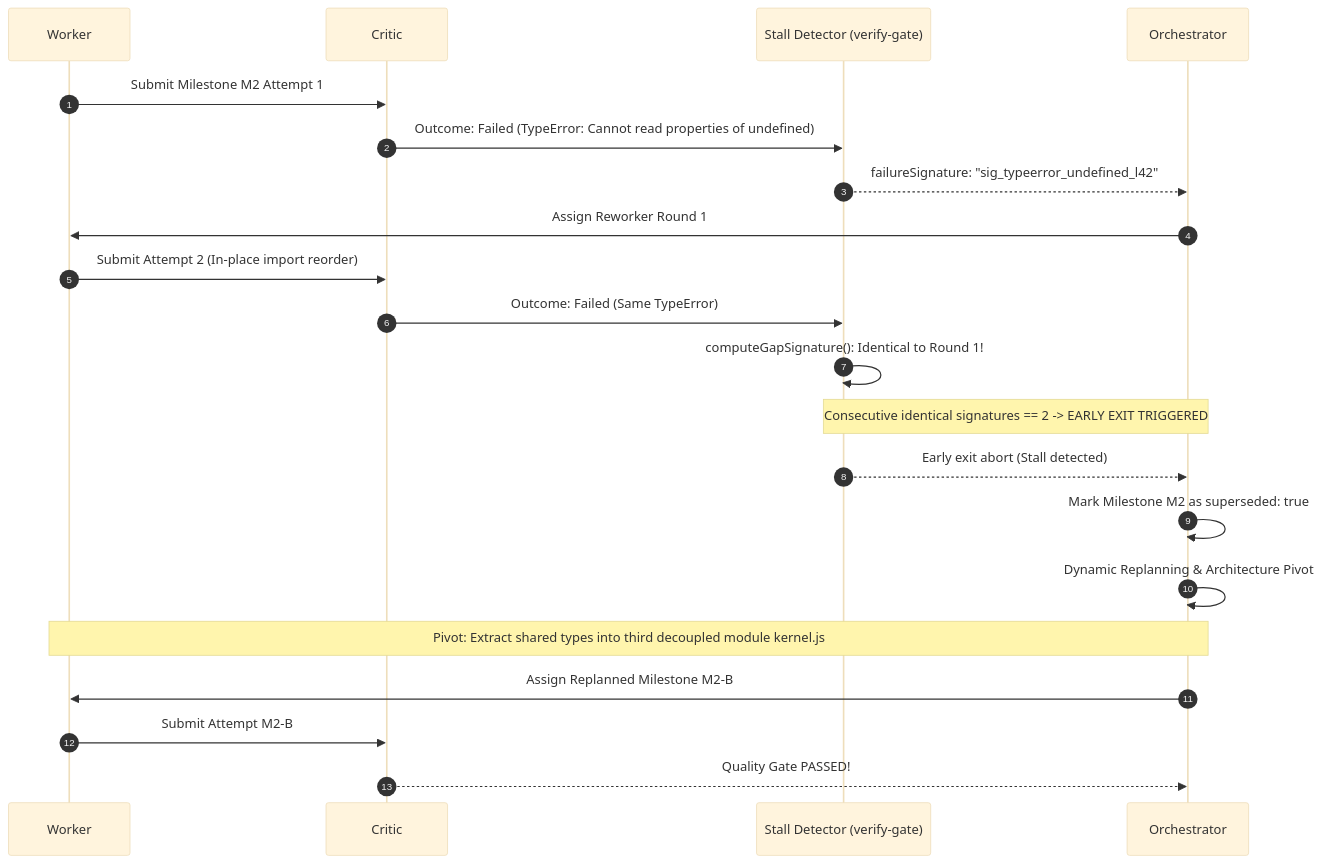
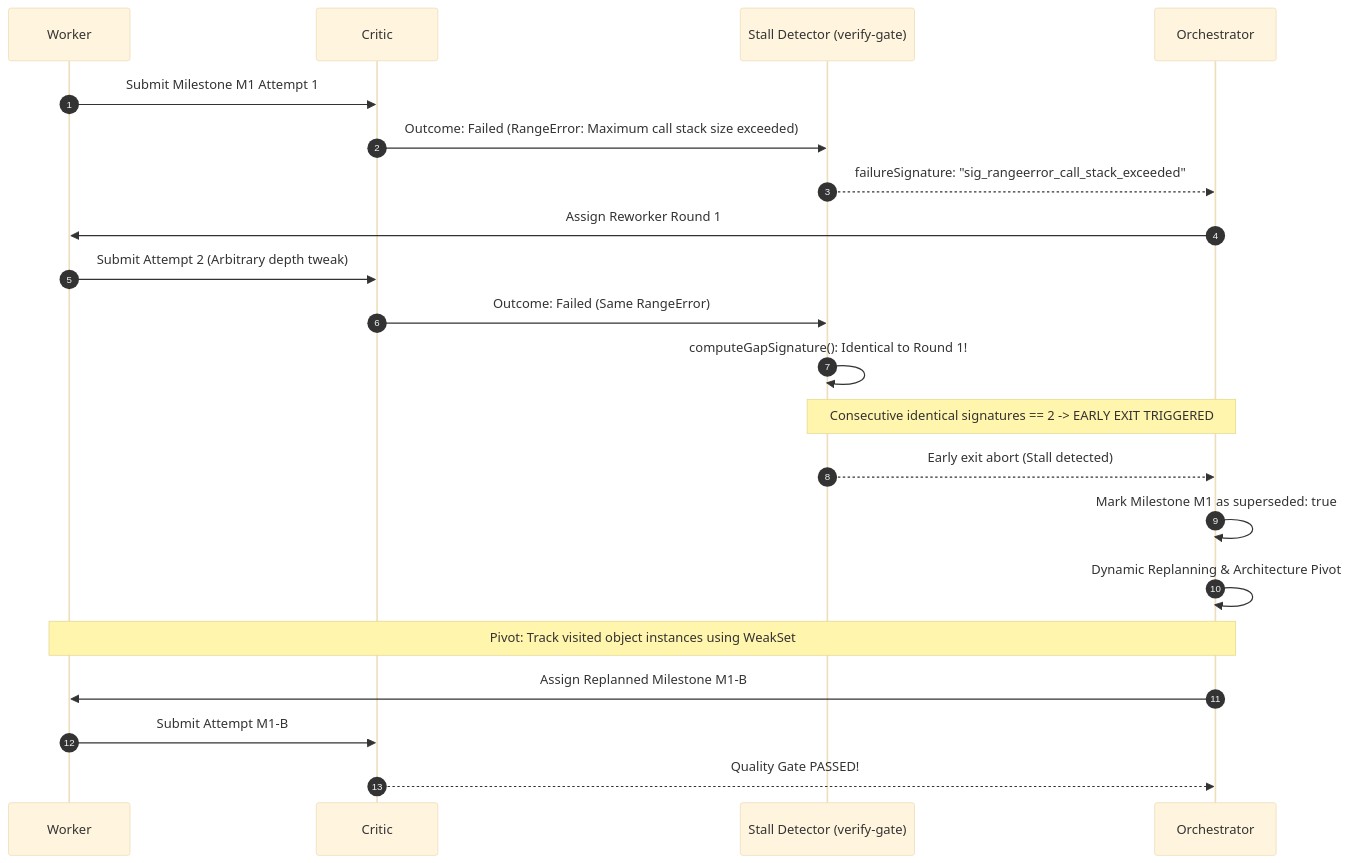
One commit to CalebChen941028/agent-teamwork changed the third of 3 diagrams in docs/BENCHMARK_REPORT.md. Above: the diagram before and after it, drawn with Mermaid (base theme). The commit also changed other lines of this file and 11 other files, not shown here.

````diff
--- a/docs/BENCHMARK_REPORT.md
+++ b/docs/BENCHMARK_REPORT.md
@@ -248,24 +258,24 @@
 ```mermaid
 sequenceDiagram
     autonumber
     participant W as Worker
     participant C as Critic
     participant S as Stall Detector (verify-gate)
     participant O as Orchestrator
 
-    W->>C: Submit Milestone M2 Attempt 1
-    C->>S: Outcome: Failed (TypeError: Cannot read properties of undefined)
-    S-->>O: failureSignature: "sig_typeerror_undefined_l42"
+    W->>C: Submit Milestone M1 Attempt 1
+    C->>S: Outcome: Failed (RangeError: Maximum call stack size exceeded)
+    S-->>O: failureSignature: "sig_rangeerror_call_stack_exceeded"
     O->>W: Assign Reworker Round 1
-    W->>C: Submit Attempt 2 (In-place import reorder)
-    C->>S: Outcome: Failed (Same TypeError)
+    W->>C: Submit Attempt 2 (Arbitrary depth tweak)
+    C->>S: Outcome: Failed (Same RangeError)
     S->>S: computeGapSignature(): Identical to Round 1!
     Note over S,O: Consecutive identical signatures == 2 -> EARLY EXIT TRIGGERED
     S-->>O: Early exit abort (Stall detected)
-    O->>O: Mark Milestone M2 as superseded: true
+    O->>O: Mark Milestone M1 as superseded: true
     O->>O: Dynamic Replanning & Architecture Pivot
-    Note over O,W: Pivot: Extract shared types into third decoupled module kernel.js
-    O->>W: Assign Replanned Milestone M2-B
-    W->>C: Submit Attempt M2-B
+    Note over O,W: Pivot: Track visited object instances using WeakSet
+    O->>W: Assign Replanned Milestone M1-B
+    W->>C: Submit Attempt M1-B
     C-->>O: Quality Gate PASSED!
 ```
````
